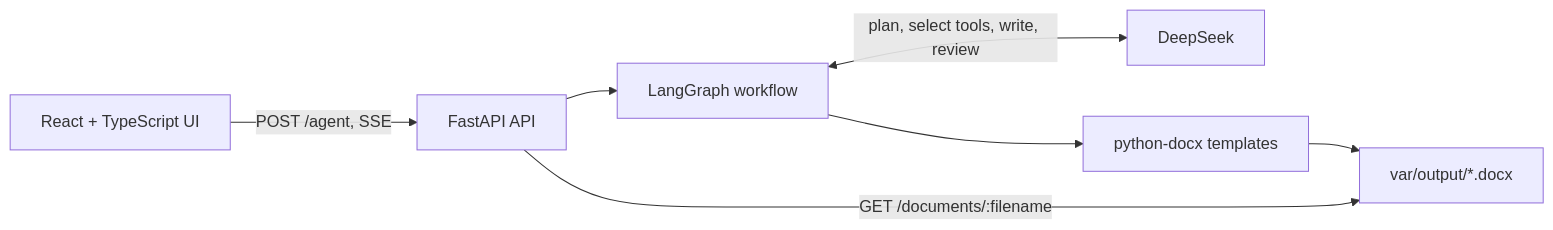
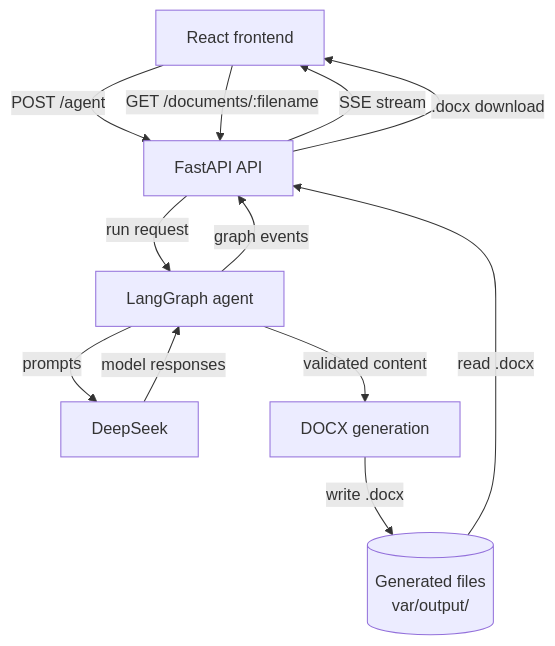
One commit to S84v/fluidai-doc-builder changed the diagram in README.md. Above: the diagram before and after it, drawn with Mermaid.

Commit message:
docs(readme): clarify architecture diagram

````diff
--- a/README.md
+++ b/README.md
@@ -37,9 +37,23 @@
 ```mermaid
-flowchart LR
-    UI[React + TypeScript UI] -->|POST /agent, SSE| API[FastAPI API]
-    API --> GRAPH[LangGraph workflow]
-    GRAPH <-->|plan, select tools, write, review| LLM[DeepSeek]
-    GRAPH --> TEMPLATES[python-docx templates]
-    TEMPLATES --> OUTPUT[var/output/*.docx]
-    API -->|GET /documents/:filename| OUTPUT
+flowchart TB
+    UI["React frontend"]
+    API["FastAPI API"]
+    AGENT["LangGraph agent"]
+    LLM["DeepSeek"]
+    DOCX["DOCX generation"]
+    STORE[("Generated files<br/>var/output/")]
+
+    UI -->|"POST /agent"| API
+    API -->|"run request"| AGENT
+    AGENT -->|"graph events"| API
+    AGENT -->|"prompts"| LLM
+    LLM -->|"model responses"| AGENT
+    AGENT -->|"validated content"| DOCX
+    DOCX -->|"write .docx"| STORE
+
+    API -->|"SSE stream"| UI
+
+    UI -->|"GET /documents/:filename"| API
+    STORE -->|"read .docx"| API
+    API -->|".docx download"| UI
 ```
````
